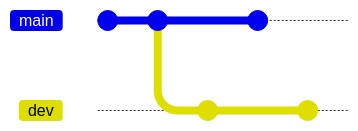
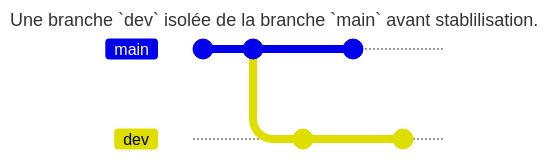
The fourth of 16 diagrams in src/pages/cours/git/git-cours.md (tavenel/website), drawn with Mermaid before and after one commit. The commit also changed other lines of this file and 2 other files, not shown here. Commit ids are hidden.

Commit message:
fix mermaid diagrams

````diff
--- a/src/pages/cours/git/git-cours.md
+++ b/src/pages/cours/git/git-cours.md
@@ -311,11 +311,15 @@
 ```mermaid
+---
+title: Une branche `dev` isolée de la branche `main` avant stablilisation.
+---
+
 gitGraph
 commit
 commit
 branch dev
 commit
 checkout main
 commit
 checkout dev
 commit
 ```
````
